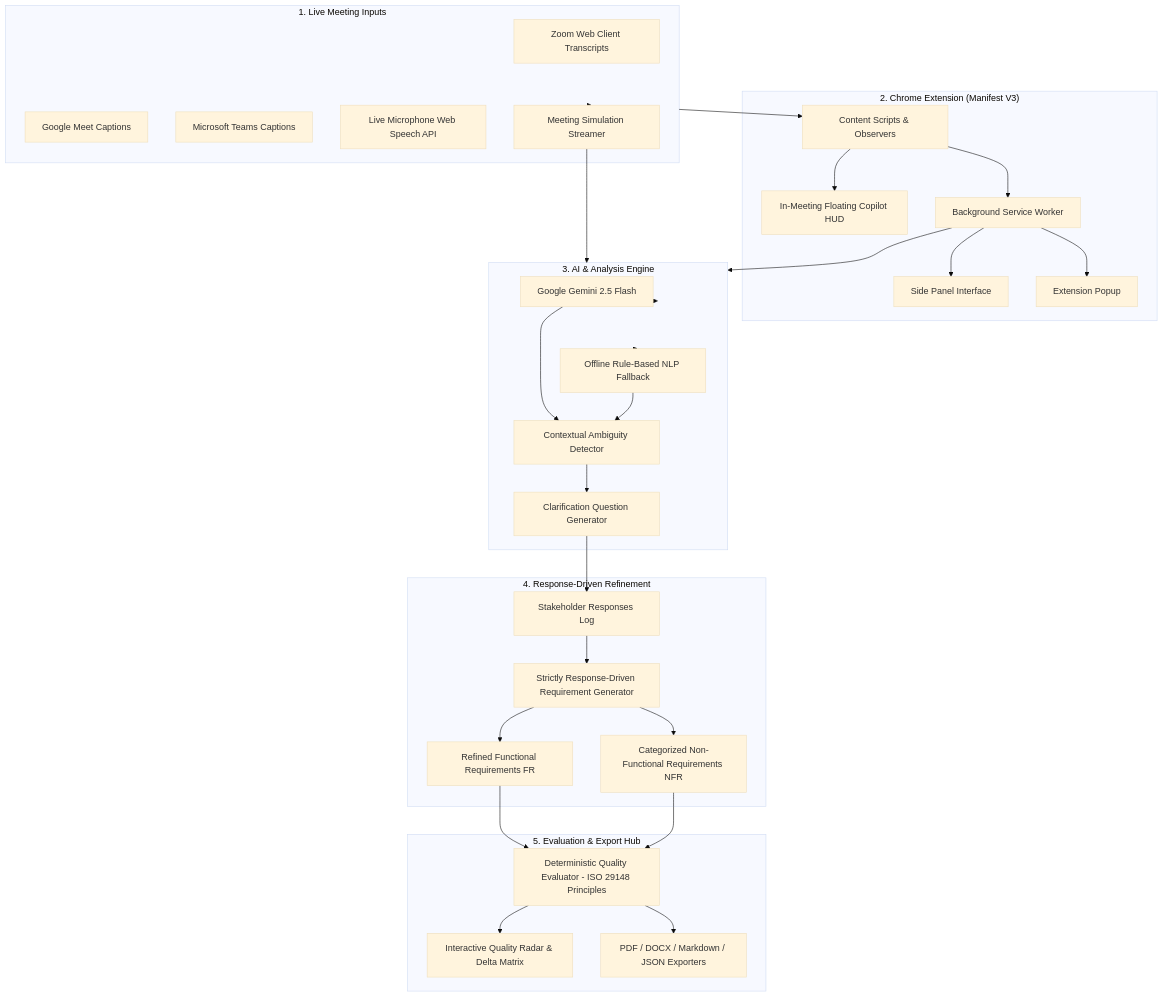
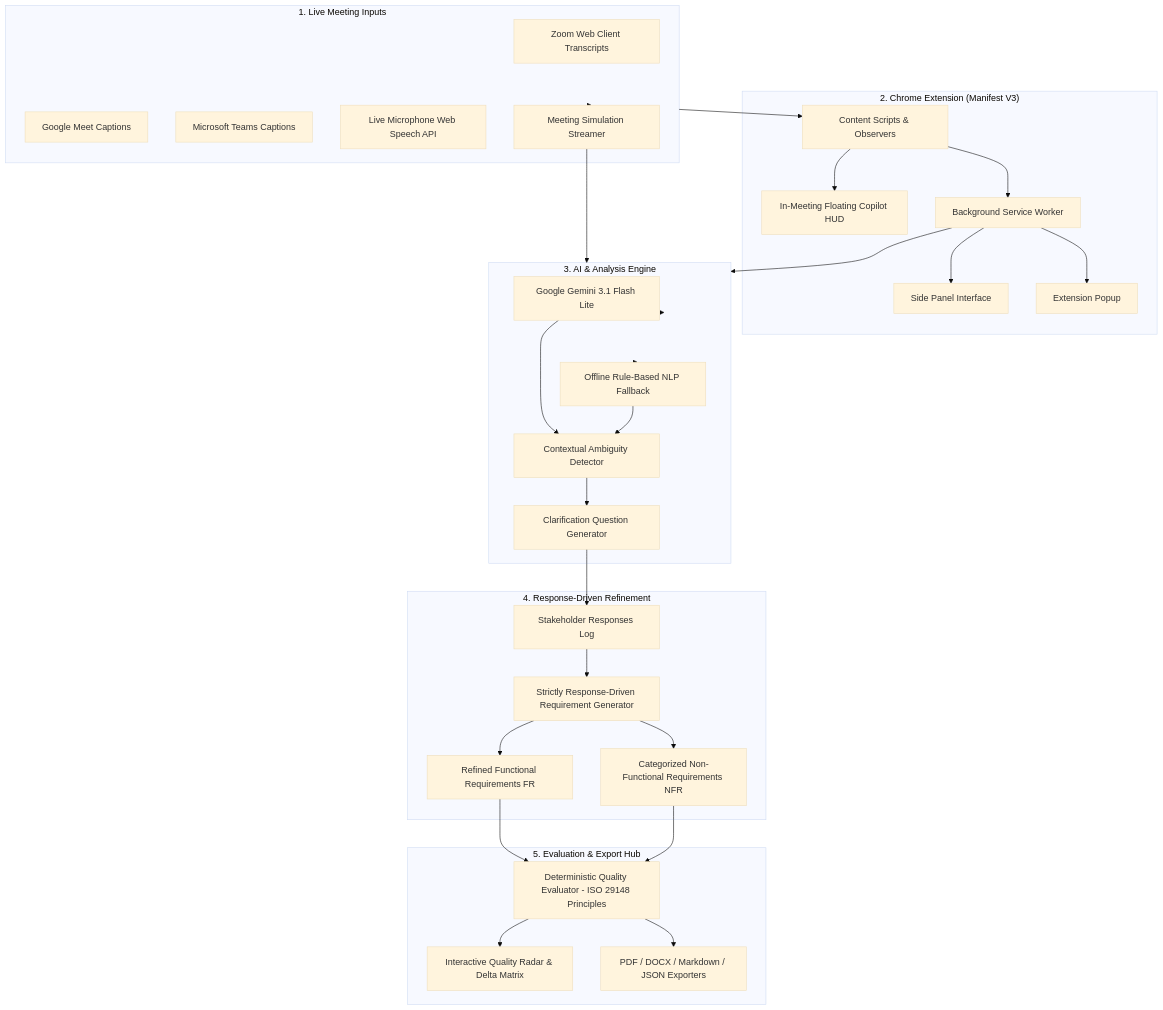
Before and after one commit to Neel7780/AI-Powered-Chrome-Extension-for-Real-Time-Requirement-Analysis: the diagram in README.md, drawn with Mermaid (base theme). The commit also changed other lines of this file and 18 other files, not shown here.

````diff
--- a/README.md
+++ b/README.md
@@ -23,62 +23,62 @@
 ```mermaid
 flowchart TB
     subgraph LiveMeeting["1. Live Meeting Inputs"]
         Z[Zoom Web Client Transcripts]
         M[Google Meet Captions]
         T[Microsoft Teams Captions]
         MIC[Live Microphone Web Speech API]
         SIM[Meeting Simulation Streamer]
     end
 
     subgraph Extension["2. Chrome Extension (Manifest V3)"]
         CS[Content Scripts & Observers]
         HUD[In-Meeting Floating Copilot HUD]
         SW[Background Service Worker]
         SP[Side Panel Interface]
         POP[Extension Popup]
     end
 
     subgraph BackendAI["3. AI & Analysis Engine"]
-        LLM[Google Gemini 2.5 Flash]
+        LLM[Google Gemini 3.1 Flash Lite]
         NLP[Offline Rule-Based NLP Fallback]
         AD[Contextual Ambiguity Detector]
         QG[Clarification Question Generator]
     end
 
     subgraph RefinementEngine["4. Response-Driven Refinement"]
         SH[Stakeholder Responses Log]
         RG[Strictly Response-Driven Requirement Generator]
         FR[Refined Functional Requirements FR]
         NFR[Categorized Non-Functional Requirements NFR]
     end
 
     subgraph EvaluationExport["5. Evaluation & Export Hub"]
         QE[Deterministic Quality Evaluator - ISO 29148 Principles]
         RADAR[Interactive Quality Radar & Delta Matrix]
         EXP[PDF / DOCX / Markdown / JSON Exporters]
     end
 
     LiveMeeting --> CS
     LiveMeeting --> SIM
     CS --> HUD
     CS --> SW
     SW --> SP
     SW --> POP
 
     SIM --> BackendAI
     SW --> BackendAI
 
     BackendAI --> LLM
     BackendAI --> NLP
     LLM --> AD
     NLP --> AD
     AD --> QG
     QG --> SH
     SH --> RG
     RG --> FR
     RG --> NFR
     FR --> QE
     NFR --> QE
     QE --> RADAR
     QE --> EXP
 ```
````
